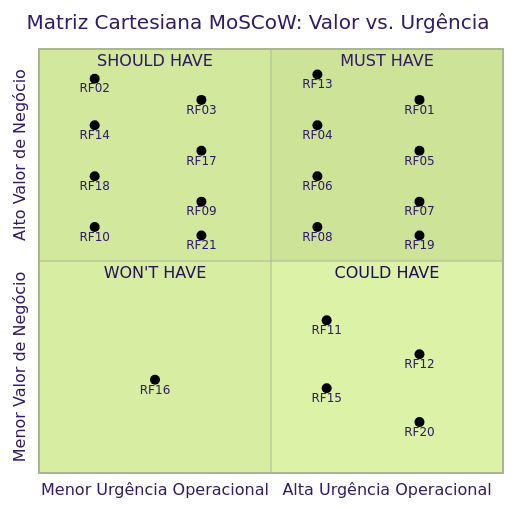
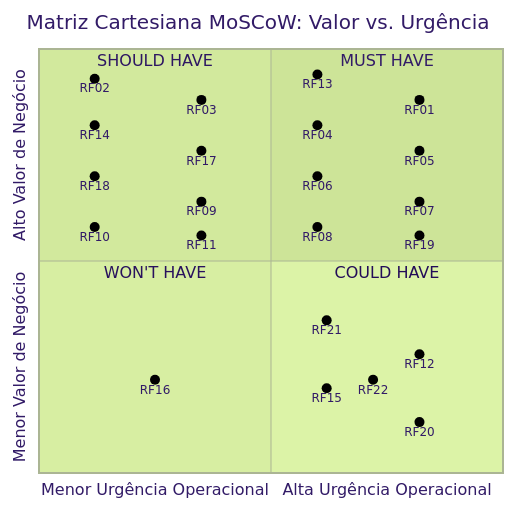
The first of 4 diagrams in docs/requisitos/priorizacao.md (mdsreq-fga-unb/REQ-2026.2-T01-DUOC-Finance), drawn with Mermaid (forest theme) before and after one commit. The commit also changed other lines of this file and 4 other files, not shown here.

````diff
--- a/docs/requisitos/priorizacao.md
+++ b/docs/requisitos/priorizacao.md
@@ -51,31 +51,32 @@
 ```mermaid
 quadrantChart
     title Matriz Cartesiana MoSCoW: Valor vs. Urgência
     x-axis "Menor Urgência Operacional" --> "Alta Urgência Operacional"
     y-axis "Menor Valor de Negócio" --> "Alto Valor de Negócio"
     quadrant-1 "MUST HAVE"
     quadrant-2 "SHOULD HAVE"
     quadrant-3 "WON'T HAVE"
     quadrant-4 "COULD HAVE"
     "RF13": [0.60, 0.94]
     "RF04": [0.60, 0.82]
     "RF06": [0.60, 0.70]
     "RF08": [0.60, 0.58]
     "RF01": [0.82, 0.88]
     "RF05": [0.82, 0.76]
     "RF07": [0.82, 0.64]
     "RF19": [0.82, 0.56]
     "RF02": [0.12, 0.93]
     "RF14": [0.12, 0.82]
     "RF18": [0.12, 0.70]
     "RF10": [0.12, 0.58]
     "RF03": [0.35, 0.88]
     "RF17": [0.35, 0.76]
     "RF09": [0.35, 0.64]
-    "RF21": [0.35, 0.56]
-    "RF11": [0.62, 0.36]
+    "RF11": [0.35, 0.56]
+    "RF21": [0.62, 0.36]
     "RF15": [0.62, 0.20]
     "RF12": [0.82, 0.28]
+    "RF22": [0.72, 0.22]
     "RF20": [0.82, 0.12]
     "RF16": [0.25, 0.22]
 ```
````
